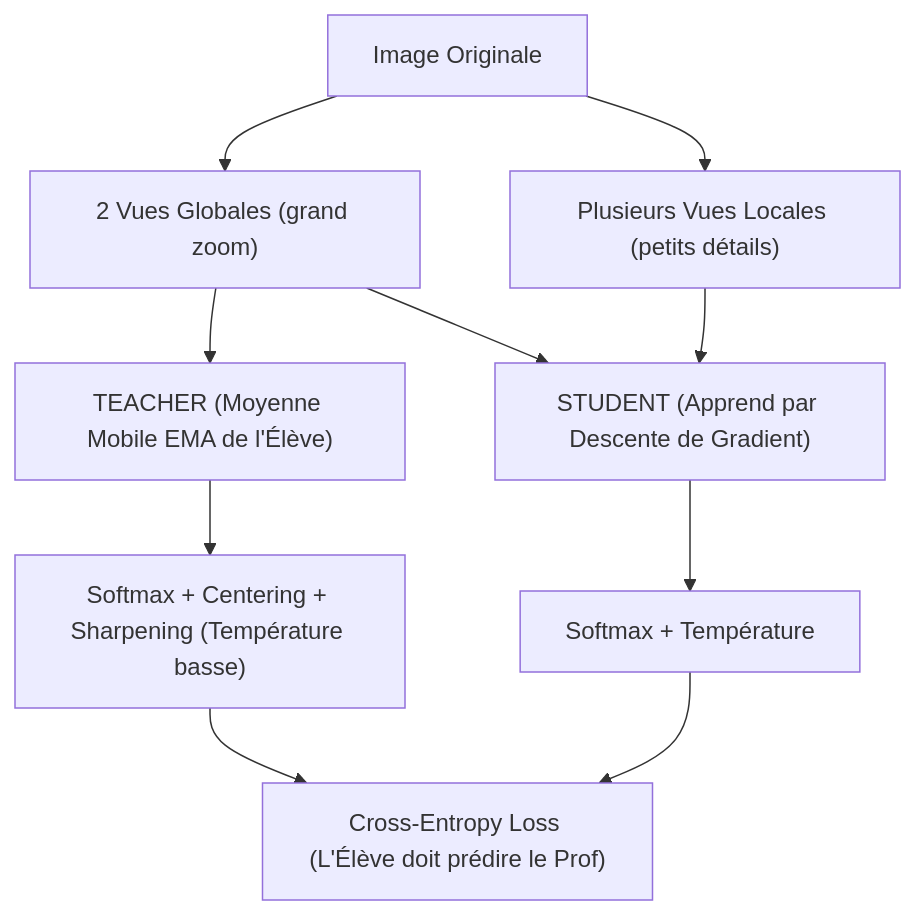
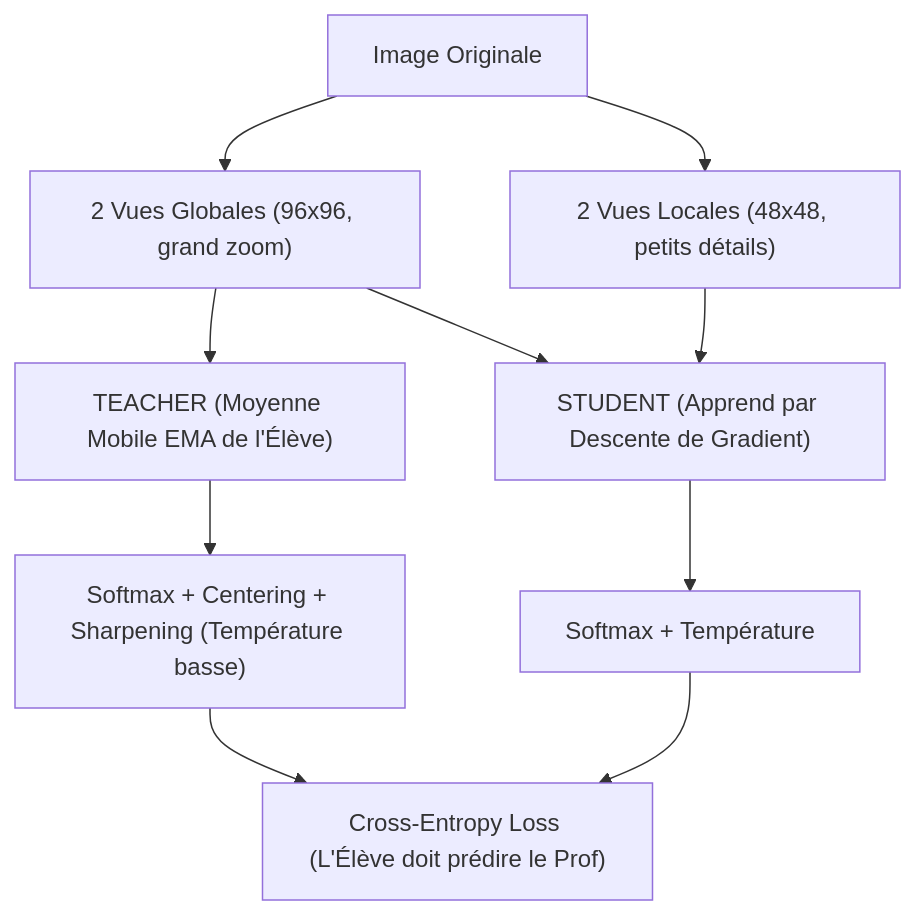
Before and after one commit to eliottrouvier/ViT-jax: the fourth of 4 diagrams in README.md, drawn with Mermaid. The commit also changed other lines of this file and 12 other files, not shown here.

````diff
--- a/README.md
+++ b/README.md
@@ -186,13 +191,13 @@
 ```mermaid
 flowchart TD
-    Img["Image Originale"] --> CropG["2 Vues Globales (grand zoom)"]
-    Img --> CropL["Plusieurs Vues Locales (petits détails)"]
+    Img["Image Originale"] --> CropG["2 Vues Globales (96x96, grand zoom)"]
+    Img --> CropL["2 Vues Locales (48x48, petits détails)"]
     
     CropG --> Teacher["TEACHER (Moyenne Mobile EMA de l'Élève)"]
     CropG & CropL --> Student["STUDENT (Apprend par Descente de Gradient)"]
     
     Teacher --> OutT["Softmax + Centering + Sharpening (Température basse)"]
     Student --> OutS["Softmax + Température"]
     
     OutT & OutS --> Loss["Cross-Entropy Loss (L'Élève doit prédire le Prof)"]
 ```
````
